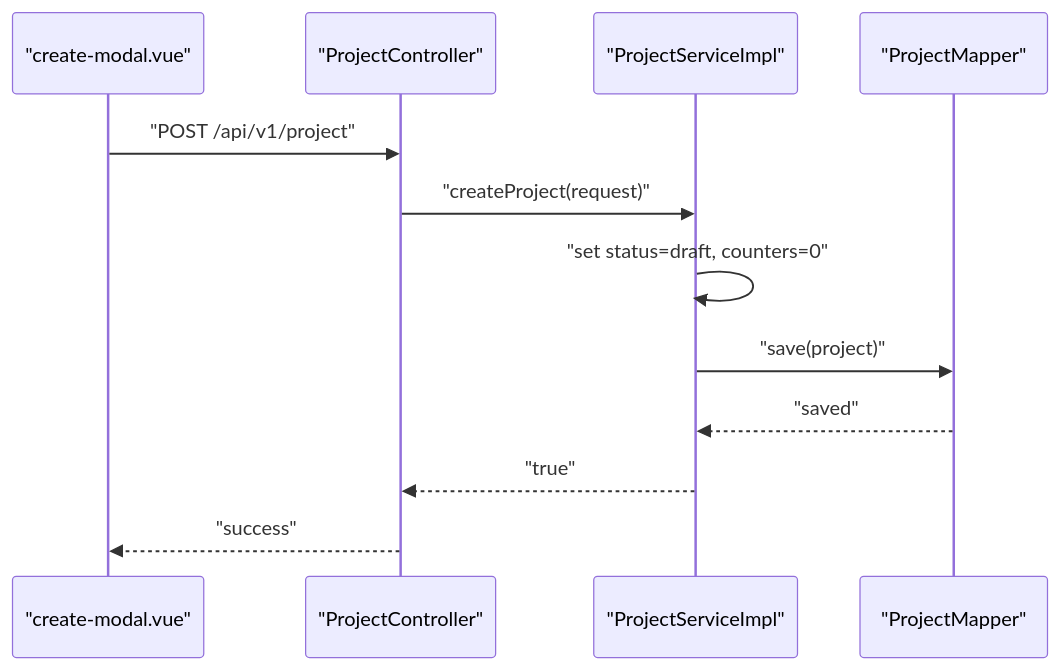
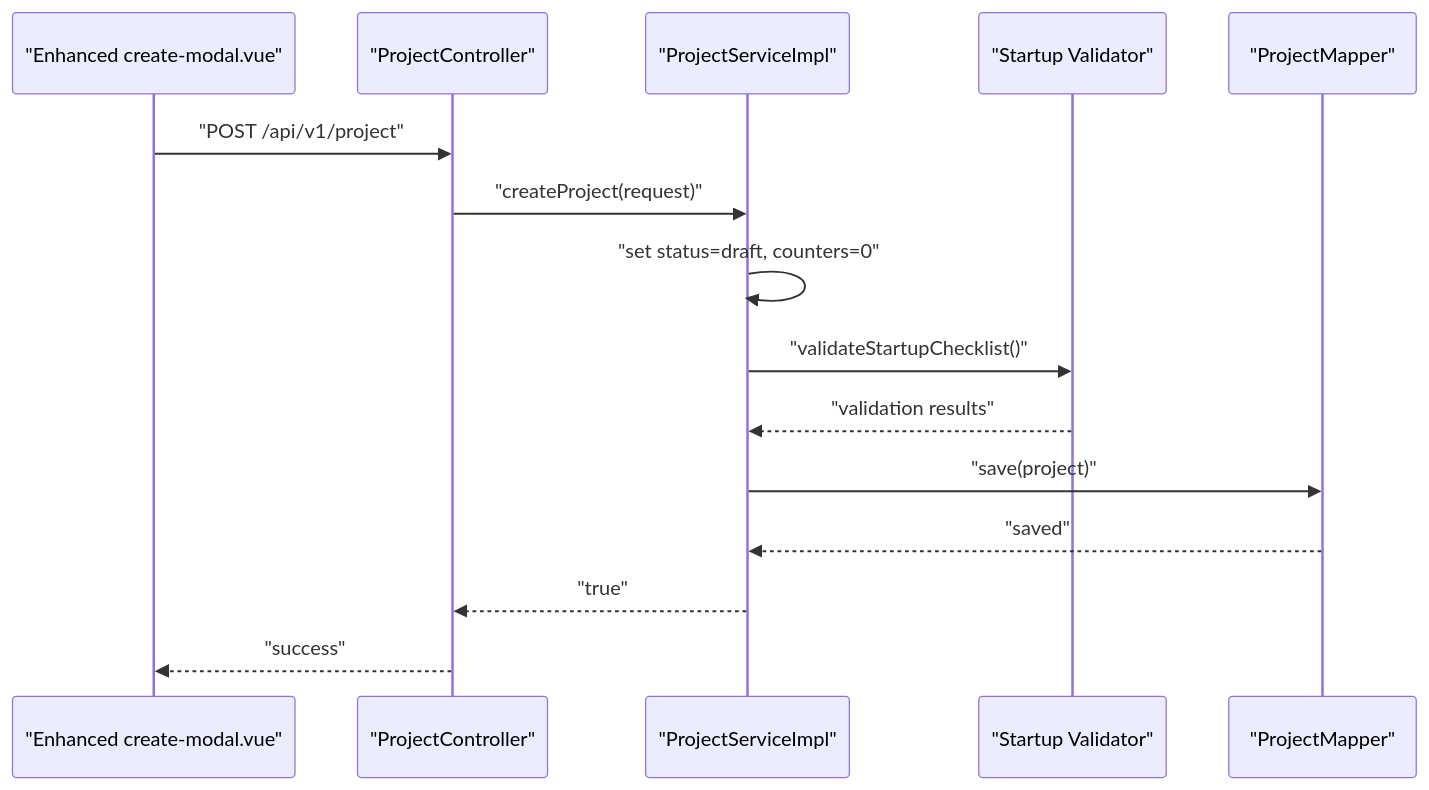
Before and after one commit to bo961386926/Survey-App: the fourth of 7 diagrams in .qoder/repowiki/en/content/Project & Task Management/Project Lifecycle Management.md, drawn with Mermaid. The commit also changed other lines of this file and 7 other files, not shown here.

````diff
--- a/.qoder/repowiki/en/content/Project & Task Management/Project Lifecycle Management.md
+++ b/.qoder/repowiki/en/content/Project & Task Management/Project Lifecycle Management.md
@@ -168,14 +194,17 @@
 ```mermaid
 sequenceDiagram
-participant FE as "create-modal.vue"
+participant FE as "Enhanced create-modal.vue"
 participant CTRL as "ProjectController"
 participant SVC as "ProjectServiceImpl"
+participant VALID as "Startup Validator"
 participant MAP as "ProjectMapper"
 FE->>CTRL : "POST /api/v1/project"
 CTRL->>SVC : "createProject(request)"
 SVC->>SVC : "set status=draft, counters=0"
+SVC->>VALID : "validateStartupChecklist()"
+VALID-->>SVC : "validation results"
 SVC->>MAP : "save(project)"
 MAP-->>SVC : "saved"
 SVC-->>CTRL : "true"
 CTRL-->>FE : "success"
 ```
````
